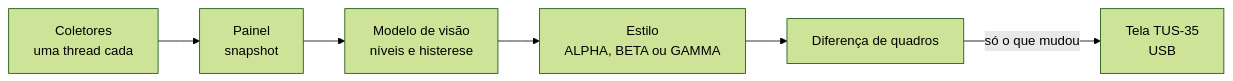
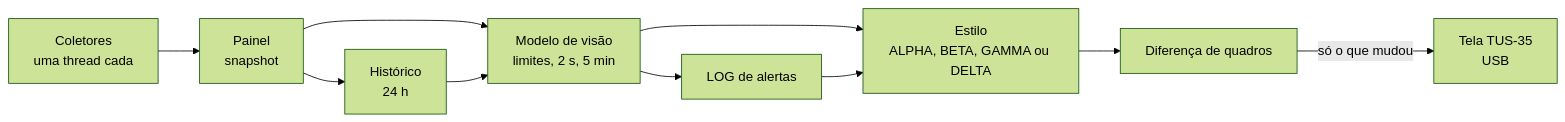
One commit to lstavares84/turzx changed the diagram in README.md. Above: the diagram before and after it, drawn with Mermaid (forest theme). The commit also changed other lines of this file and 14 other files, not shown here.

````diff
--- a/README.md
+++ b/README.md
@@ -73,8 +88,12 @@
 ```mermaid
 flowchart LR
     A[Coletores<br>uma thread cada] --> B[Painel<br>snapshot]
-    B --> C[Modelo de visão<br>níveis e histerese]
-    C --> D[Estilo<br>ALPHA, BETA ou GAMMA]
+    B --> H[Histórico<br>24 h]
+    B --> C[Modelo de visão<br>limites, 2 s, 5 min]
+    H --> C
+    C --> L[LOG de alertas]
+    C --> D[Estilo<br>ALPHA, BETA, GAMMA ou DELTA]
+    L --> D
     D --> E[Diferença de quadros]
     E -->|só o que mudou| F[Tela TUS-35<br>USB]
 ```
````
